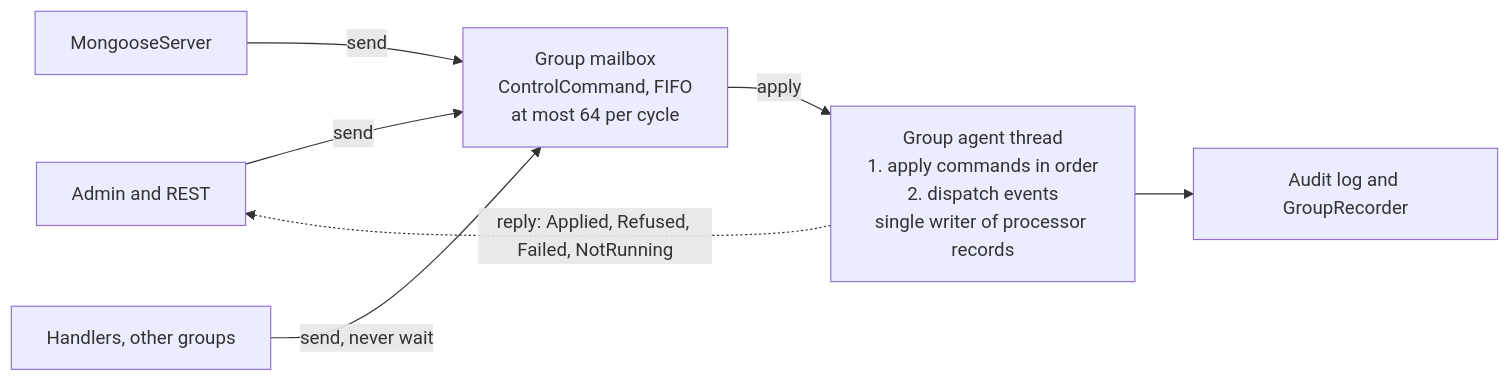
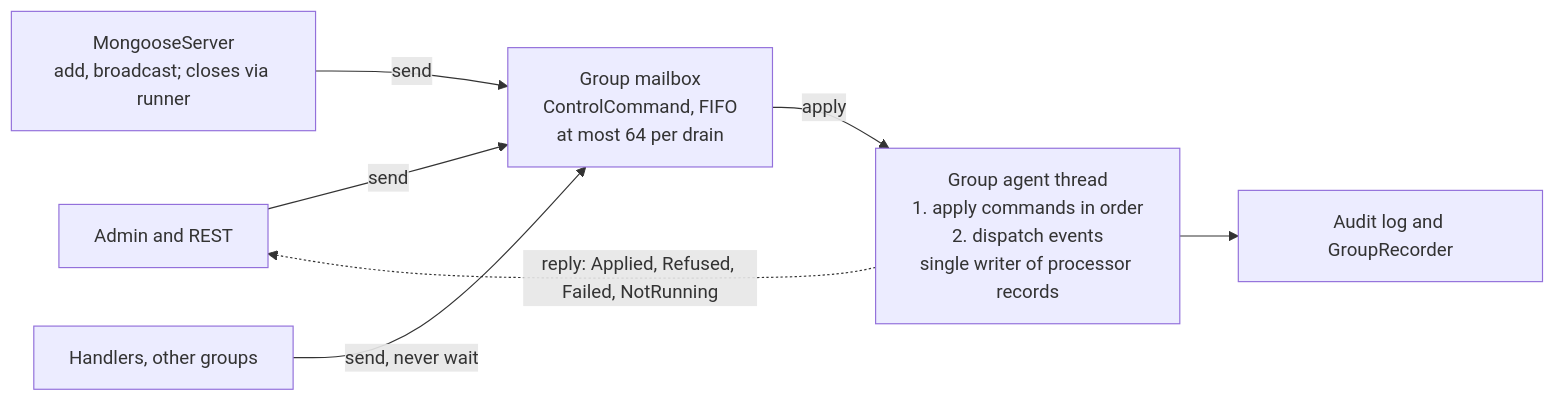
One commit to telaminai/mongoose changed the diagram in docs/design/control-plane-as-events.md. Above: the diagram before and after it, drawn with Mermaid. The commit also changed other lines of this file, not shown here.

First line of the commit message:
Design: revise control plane after independent review

````diff
--- a/docs/design/control-plane-as-events.md
+++ b/docs/design/control-plane-as-events.md
@@ -79,10 +86,10 @@
 ```mermaid
 flowchart LR
     A[Admin and REST] -->|send| M
-    S[MongooseServer] -->|send| M
+    S["MongooseServer<br/>add, broadcast; closes via runner"] -->|send| M
     H[Handlers, other groups] -->|send, never wait| M
-    M["Group mailbox<br/>ControlCommand, FIFO<br/>at most 64 per cycle"] -->|apply| G
+    M["Group mailbox<br/>ControlCommand, FIFO<br/>at most 64 per drain"] -->|apply| G
     G["Group agent thread<br/>1. apply commands in order<br/>2. dispatch events<br/>single writer of processor records"]
     G -.->|reply: Applied, Refused, Failed, NotRunning| A
     G --> R[Audit log and GroupRecorder]
 ```
````
